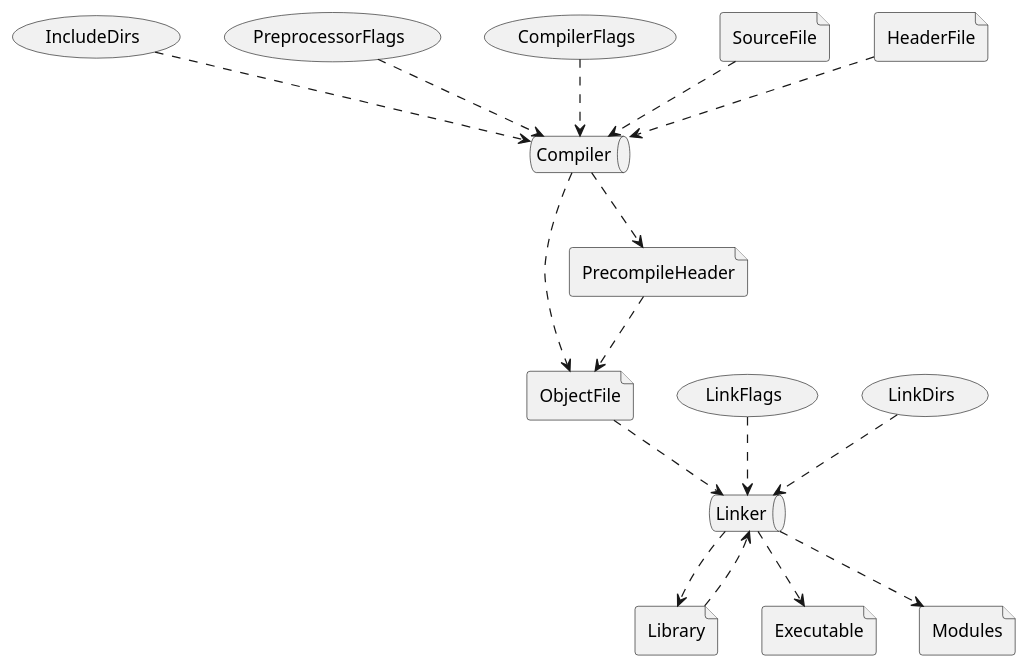
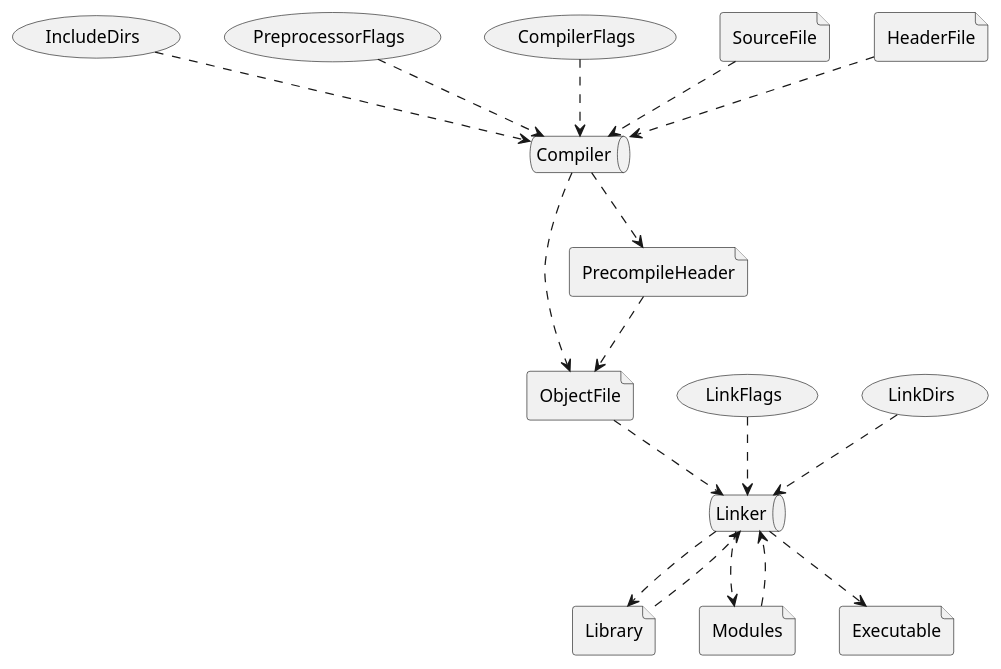
Before and after one commit to coder137/build_in_cpp: the diagram in doc/software_architecture/uml/dependency_graph.md, drawn with PlantUML. The commit also changed 53 other files, not shown here.

```diff
--- a/doc/software_architecture/uml/dependency_graph.md
+++ b/doc/software_architecture/uml/dependency_graph.md
@@ -1,42 +1,43 @@
 @startuml
 
 
 usecase IncludeDirs
 usecase PreprocessorFlags
 usecase CompilerFlags
 
 usecase LinkFlags
 usecase LinkDirs
 
 file SourceFile
 file HeaderFile
 file ObjectFile
 file PrecompileHeader
 file Executable
 file Library
 file Modules
 
 queue Compiler
 queue Linker
 
 HeaderFile ..> Compiler 
 IncludeDirs ..> Compiler
 PreprocessorFlags ..> Compiler
 CompilerFlags ..> Compiler
 SourceFile ..> Compiler
 
 Compiler ..> ObjectFile
 Compiler ..> PrecompileHeader
 
 PrecompileHeader ..> ObjectFile
 
 LinkFlags ..> Linker
 LinkDirs ..> Linker
 ObjectFile ..> Linker
 Library ..> Linker
+Modules ..> Linker
 
 Linker ..> Executable
 Linker ..> Library
 Linker ..> Modules
 
 @enduml
```
